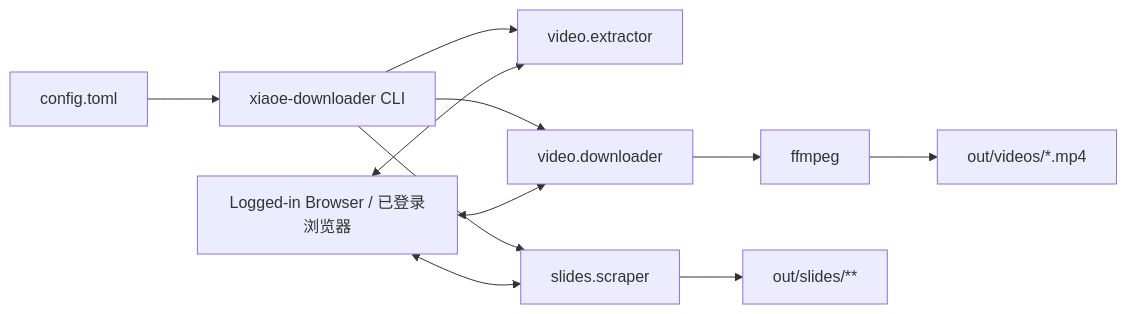
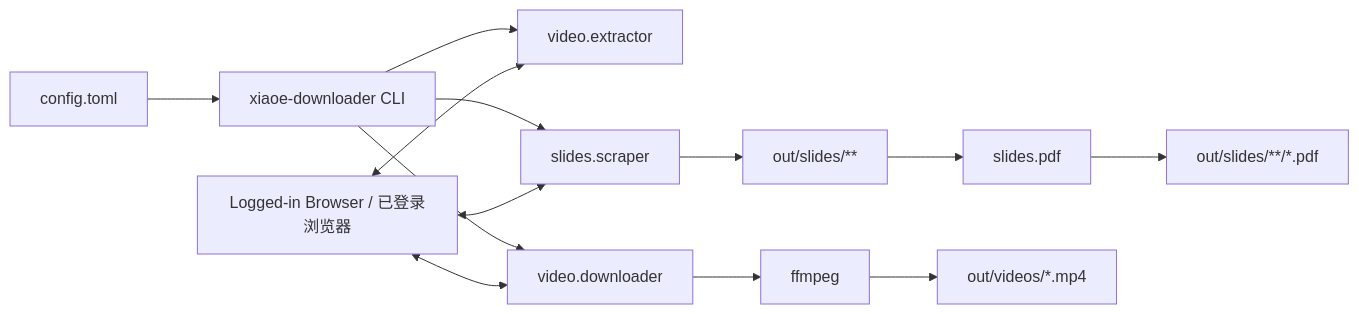
Before and after one commit to 1COOS/xiaoe-downloader: the diagram in README.md, drawn with Mermaid. The commit also changed other lines of this file and 12 other files, not shown here.

````diff
--- a/README.md
+++ b/README.md
@@ -232,23 +254,27 @@
 ```mermaid
 flowchart LR
     Browser["Logged-in Browser / 已登录浏览器"]
     Config["config.toml"]
     CLI["xiaoe-downloader CLI"]
     Extractor["video.extractor"]
     VideoDownloader["video.downloader"]
     SlideScraper["slides.scraper"]
+    SlidePdf["slides.pdf"]
     FFmpeg["ffmpeg"]
     VideoFiles["out/videos/*.mp4"]
     SlideFiles["out/slides/**"]
+    PdfFiles["out/slides/**/*.pdf"]
 
     Config --> CLI
     CLI --> Extractor
     CLI --> VideoDownloader
     CLI --> SlideScraper
     Browser <--> Extractor
     Browser <--> VideoDownloader
     Browser <--> SlideScraper
     VideoDownloader --> FFmpeg
     FFmpeg --> VideoFiles
     SlideScraper --> SlideFiles
+    SlideFiles --> SlidePdf
+    SlidePdf --> PdfFiles
 ```
````
